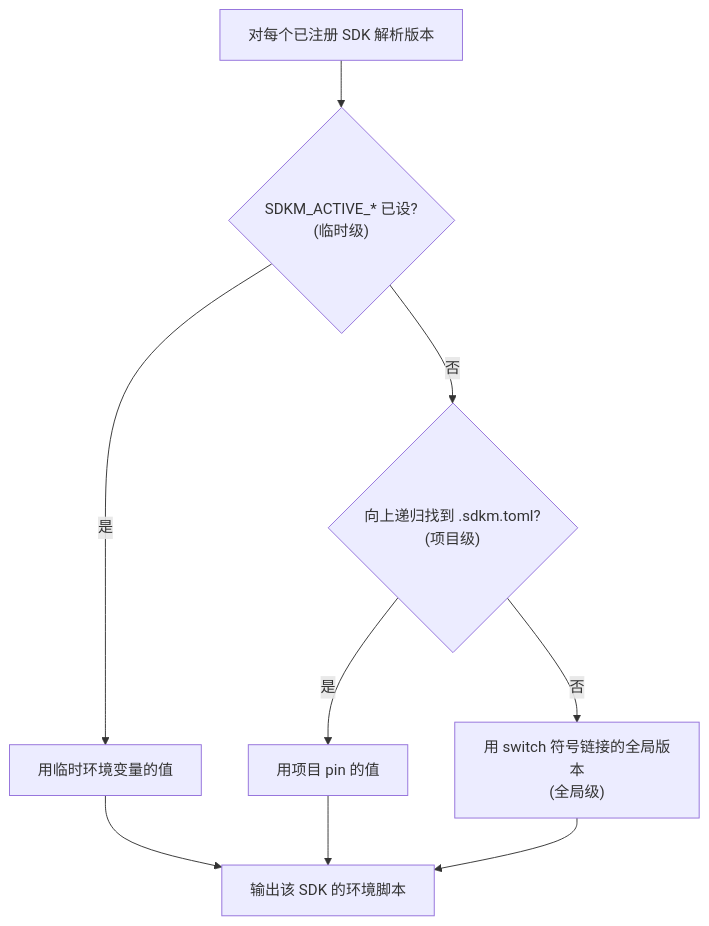
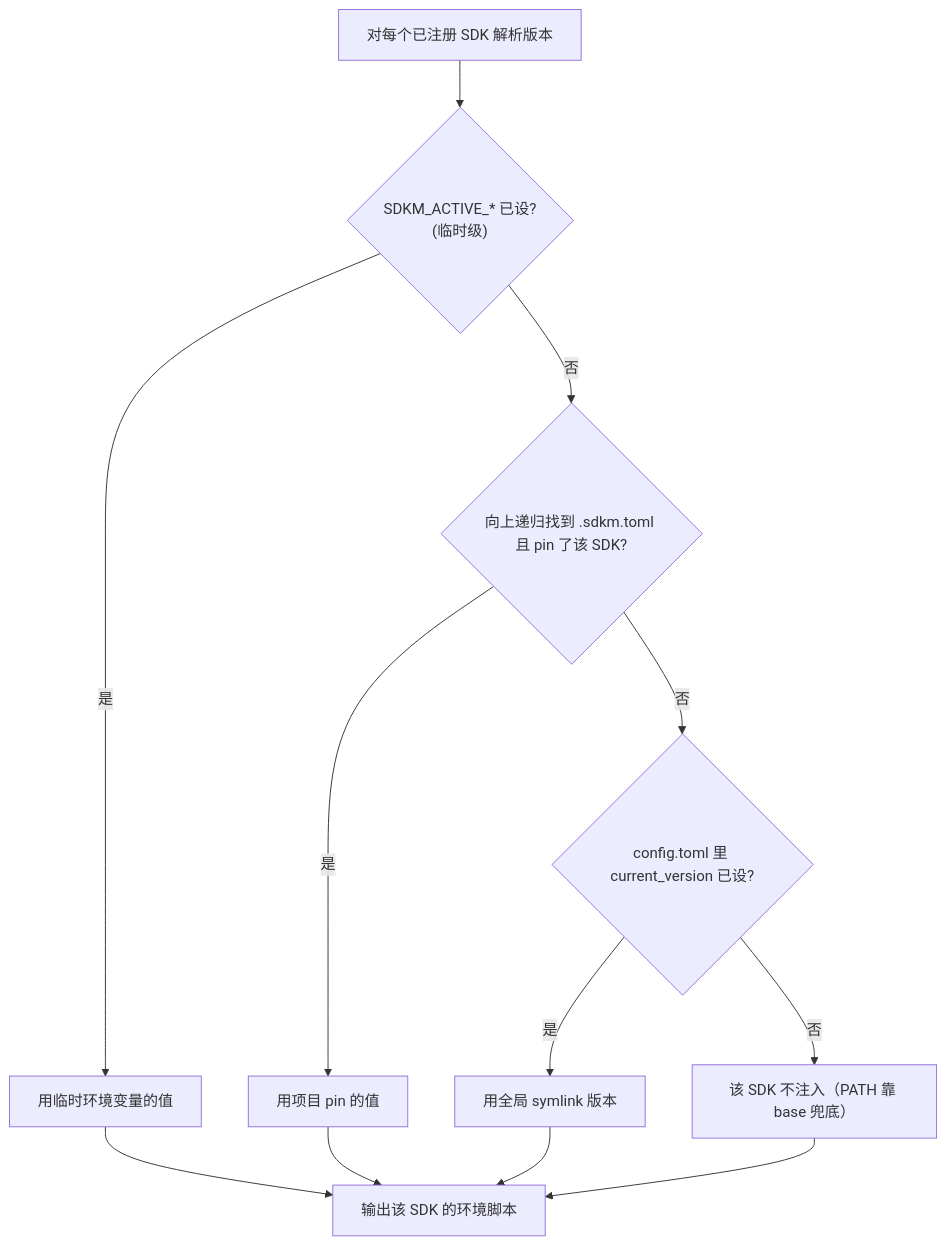
One commit to borenchan/sdkmate changed the second of 2 diagrams in docs/usage.md. Above: the diagram before and after it, drawn with Mermaid. The commit also changed other lines of this file and 3 other files, not shown here.

````diff
--- a/docs/usage.md
+++ b/docs/usage.md
@@ -268,11 +284,14 @@
 ```mermaid
 flowchart TD
     A["对每个已注册 SDK 解析版本"] --> B{"SDKM_ACTIVE_* 已设?<br/>(临时级)"}
     B -->|"是"| C["用临时环境变量的值"]
-    B -->|"否"| D{"向上递归找到 .sdkm.toml?<br/>(项目级)"}
+    B -->|"否"| D{"向上递归找到 .sdkm.toml 且 pin 了该 SDK?"}
     D -->|"是"| E["用项目 pin 的值"]
-    D -->|"否"| F["用 switch 符号链接的全局版本<br/>(全局级)"]
-    C --> G["输出该 SDK 的环境脚本"]
-    E --> G
-    F --> G
+    D -->|"否"| F{"config.toml 里 current_version 已设?"}
+    F -->|"是"| G["用全局 symlink 版本"]
+    F -->|"否"| H["该 SDK 不注入（PATH 靠 base 兜底）"]
+    C --> I["输出该 SDK 的环境脚本"]
+    E --> I
+    G --> I
+    H --> I
 ```
````
